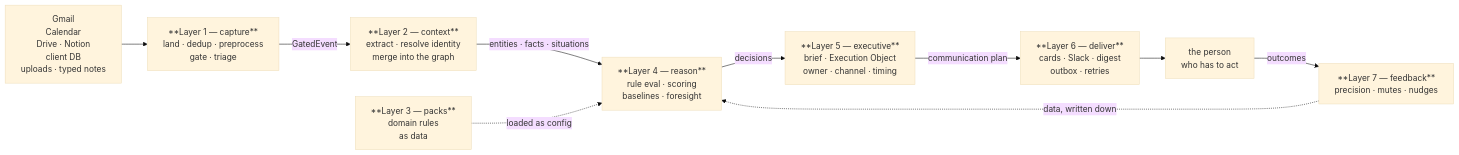
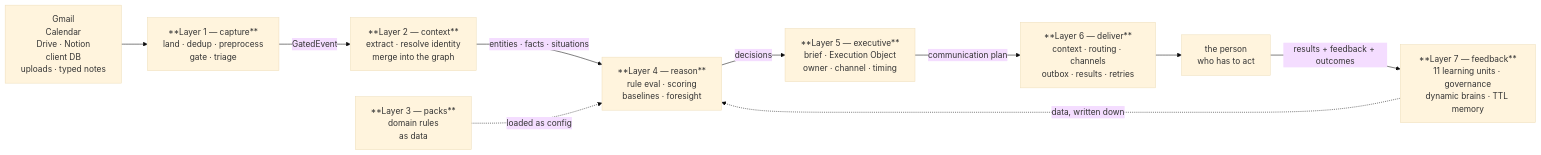
The second of 2 diagrams in System Design/README.md (themoronss/genios-brain), drawn with Mermaid (base theme) before and after one commit. The commit also changed other lines of this file and 88 other files, not shown here.

````diff
--- a/System Design/README.md
+++ b/System Design/README.md
@@ -74,26 +74,26 @@
 ```mermaid
 flowchart LR
     src["Gmail<br/>Calendar<br/>Drive · Notion<br/>client DB<br/>uploads · typed notes"]
     src --> L1
 
     L1["**Layer 1 — capture**<br/>land · dedup · preprocess<br/>gate · triage"]
     L1 -- "GatedEvent" --> L2
 
     L2["**Layer 2 — context**<br/>extract · resolve identity<br/>merge into the graph"]
     L2 -- "entities · facts · situations" --> L4
 
     L3["**Layer 3 — packs**<br/>domain rules<br/>as data"]
     L3 -. "loaded as config" .-> L4
 
     L4["**Layer 4 — reason**<br/>rule eval · scoring<br/>baselines · foresight"]
     L4 -- "decisions" --> L5
 
     L5["**Layer 5 — executive**<br/>brief · Execution Object<br/>owner · channel · timing"]
     L5 -- "communication plan" --> L6
 
-    L6["**Layer 6 — deliver**<br/>cards · Slack · digest<br/>outbox · retries"]
+    L6["**Layer 6 — deliver**<br/>context · routing · channels<br/>outbox · results · retries"]
     L6 --> out["the person<br/>who has to act"]
 
-    out -- "outcomes" --> L7["**Layer 7 — feedback**<br/>precision · mutes · nudges"]
+    out -- "results + feedback + outcomes" --> L7["**Layer 7 — feedback**<br/>11 learning units · governance<br/>dynamic brains · TTL memory"]
     L7 -. "data, written down" .-> L4
 ```
````
